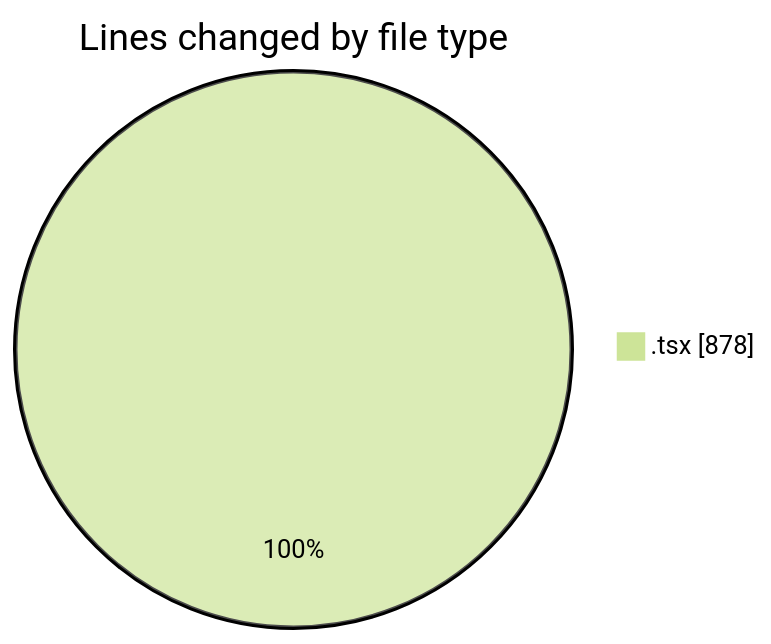
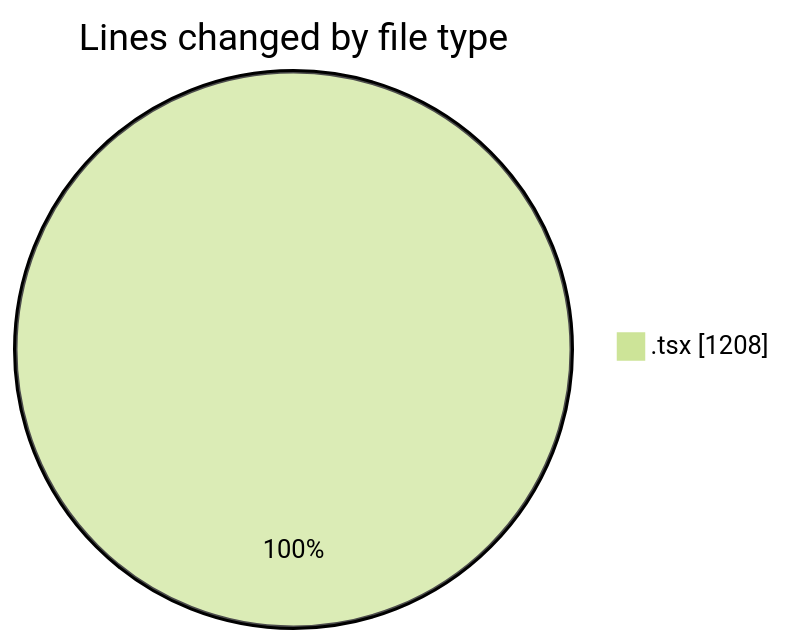
One commit to momahboobian/code-tracking changed the first of 2 diagrams in 2025-02-12/cda/README.md. Above: the diagram before and after it, drawn with Mermaid (forest theme). The commit also changed other lines of this file and 1 other file, not shown here.

````diff
--- a/2025-02-12/cda/README.md
+++ b/2025-02-12/cda/README.md
@@ -21,5 +21,5 @@
 ```mermaid
 pie showData
 title Lines changed by file type
-".tsx" : 878
+".tsx" : 1208
 ```
````
